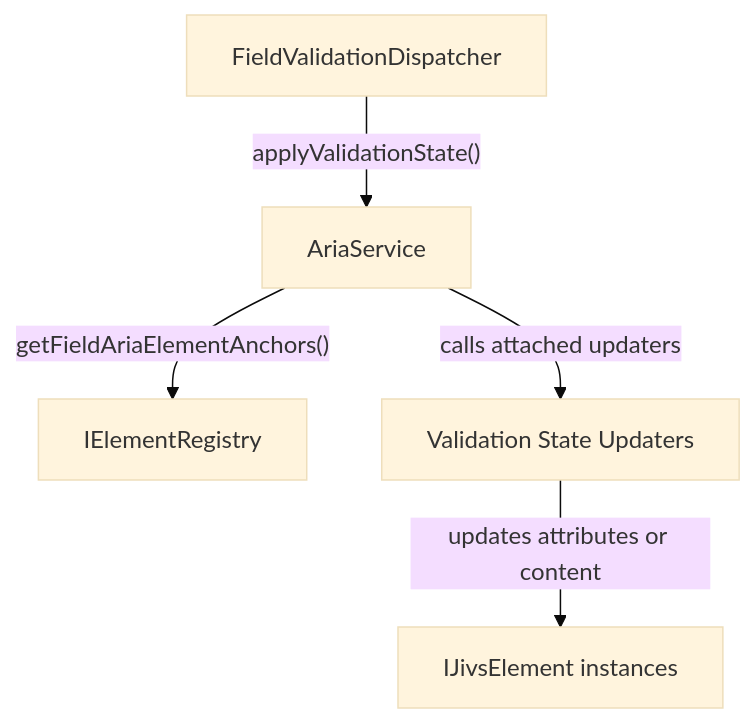
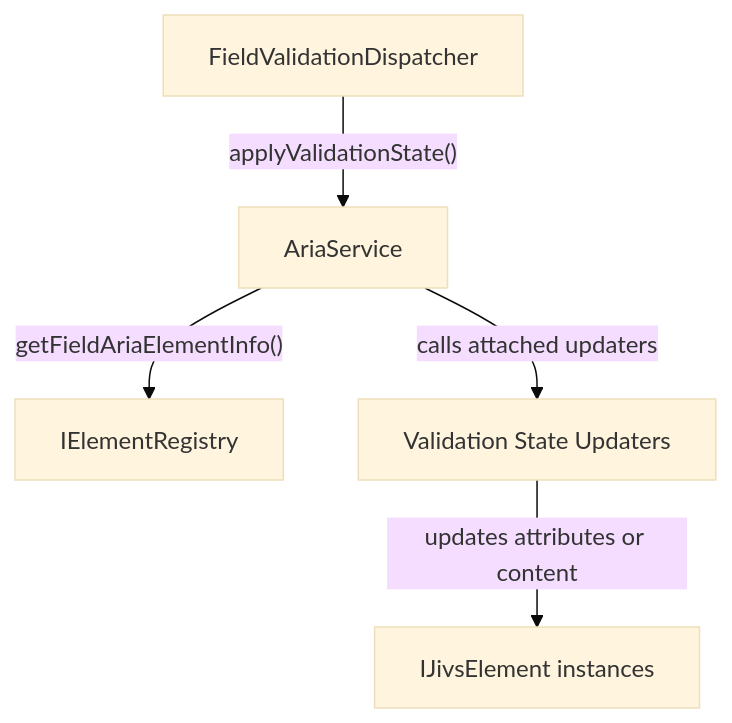
Diagram 12 of 14 in planning/Jivs-DOM_Implementation_Design.md (plblum/jivs), drawn with Mermaid (base theme) before and after one commit. The commit also changed other lines of this file and 15 other files, not shown here.

Commit message:
Aria integration completed with bug fixes for AriaService.installer() to select staticUpdaters correctly

````diff
--- a/planning/Jivs-DOM_Implementation_Design.md
+++ b/planning/Jivs-DOM_Implementation_Design.md
@@ -3360,13 +3360,13 @@
 ```mermaid
 flowchart TB
     Dispatcher["FieldValidationDispatcher"]
     AriaService["AriaService"]
     Registry["IElementRegistry"]
     Updaters["Validation State Updaters"]
     Elements["IJivsElement instances"]
 
     Dispatcher -->|"applyValidationState()"| AriaService
-    AriaService -->|"getFieldAriaElementAnchors()"| Registry
+    AriaService -->|"getFieldAriaElementInfo()"| Registry
     AriaService -->|"calls attached updaters"| Updaters
     Updaters -->|"updates attributes or content"| Elements
 ```
````
